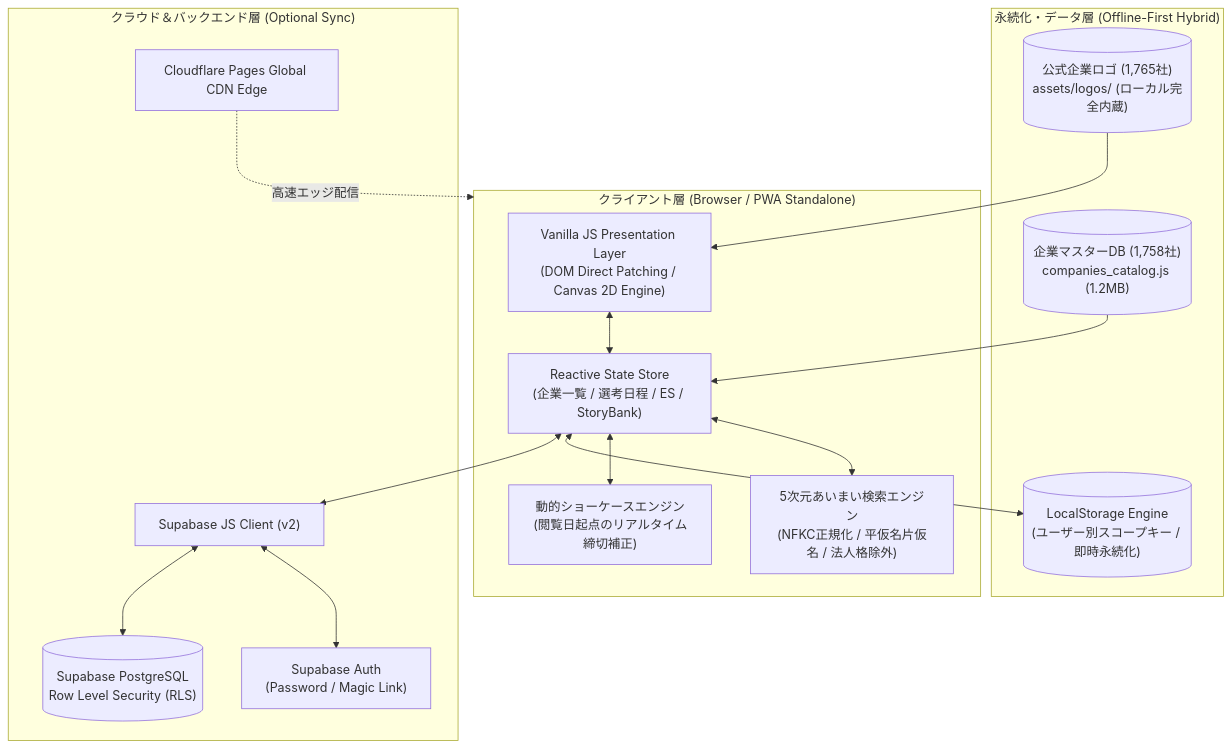
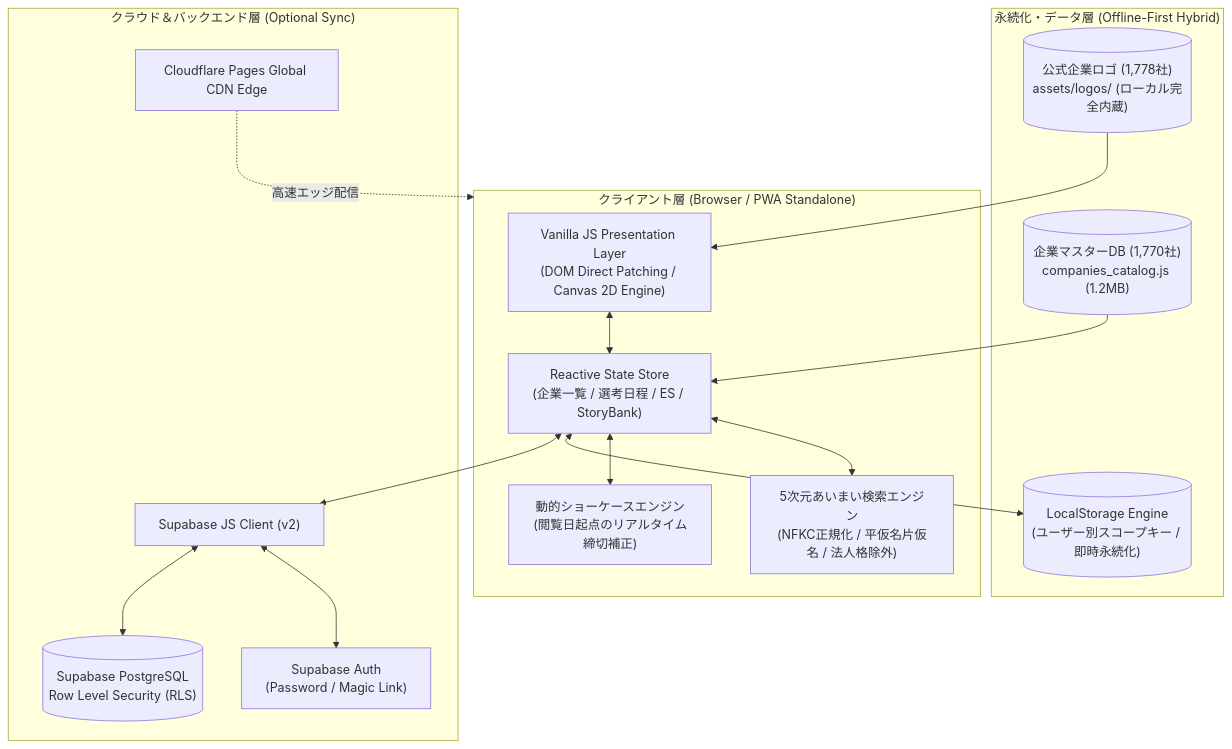
Before and after one commit to michaelho1117-cloud/syukatsu.win: the diagram in README.md, drawn with Mermaid. The commit also changed other lines of this file and 16 other files, not shown here.

````diff
--- a/README.md
+++ b/README.md
@@ -47,34 +47,34 @@
 ```mermaid
 flowchart TD
     subgraph Client["クライアント層 (Browser / PWA Standalone)"]
         UI["Vanilla JS Presentation Layer<br/>(DOM Direct Patching / Canvas 2D Engine)"]
         State["Reactive State Store<br/>(企業一覧 / 選考日程 / ES / StoryBank)"]
         Search["5次元あいまい検索エンジン<br/>(NFKC正規化 / 平仮名片仮名 / 法人格除外)"]
         Demo["動的ショーケースエンジン<br/>(閲覧日起点のリアルタイム締切補正)"]
     end
 
     subgraph Storage["永続化・データ層 (Offline-First Hybrid)"]
         LS[("LocalStorage Engine<br/>(ユーザー別スコープキー / 即時永続化)")]
-        Catalog[("企業マスターDB (1,758社)<br/>companies_catalog.js (1.2MB)")]
-        Logos[("公式企業ロゴ (1,765社)<br/>assets/logos/ (ローカル完全内蔵)")]
+        Catalog[("企業マスターDB (1,770社)<br/>companies_catalog.js (1.2MB)")]
+        Logos[("公式企業ロゴ (1,778社)<br/>assets/logos/ (ローカル完全内蔵)")]
     end
 
     subgraph Cloud["クラウド＆バックエンド層 (Optional Sync)"]
         SupaClient["Supabase JS Client (v2)"]
         SupaAuth["Supabase Auth<br/>(Password / Magic Link)"]
         PostgreSQL[("Supabase PostgreSQL<br/>Row Level Security (RLS)")]
         Edge["Cloudflare Pages Global CDN Edge"]
     end
 
     UI <--> State
     State <--> Search
     State <--> Demo
     State <--> LS
     Catalog --> State
     Logos --> UI
 
     State <--> SupaClient
     SupaClient <--> SupaAuth
     SupaClient <--> PostgreSQL
     Edge -.->|高速エッジ配信| Client
 ```
````
